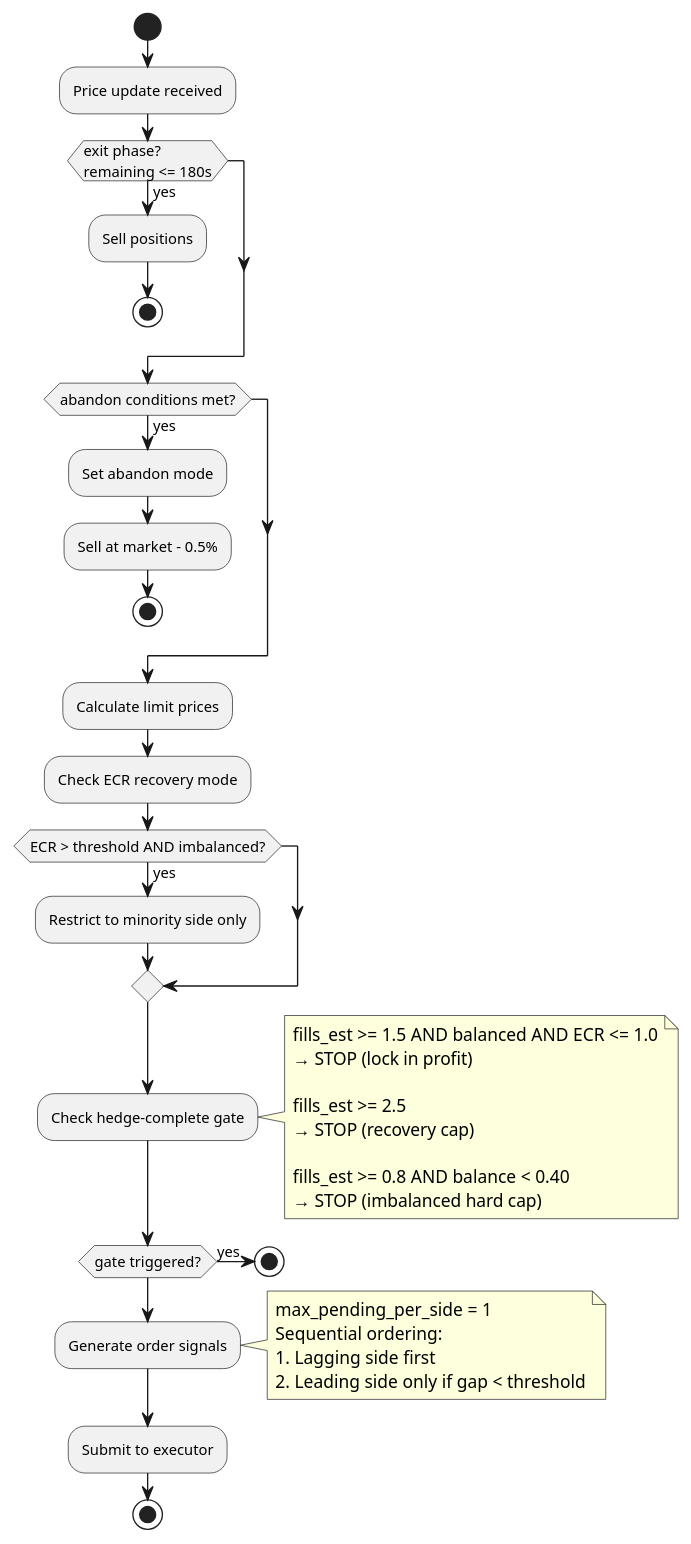
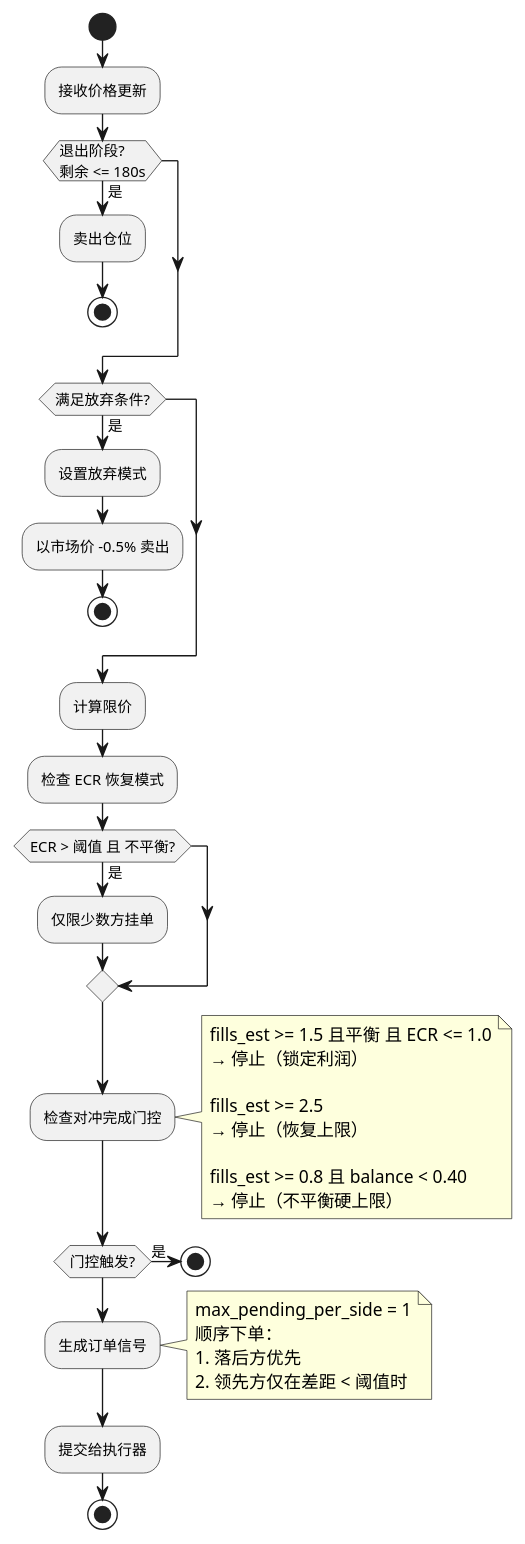
The fourth of 10 diagrams in docs/strategy-first-principles.md (jsyqrt/polymoney), drawn with PlantUML before and after one commit. The commit also changed other lines of this file, not shown here.

````diff
--- a/docs/strategy-first-principles.md
+++ b/docs/strategy-first-principles.md
@@ -319,54 +319,54 @@
 ```plantuml
 @startuml position_building
 skinparam activityFontSize 11
 
 start
-:Price update received;
+:接收价格更新;
 
-if (exit phase?\nremaining <= 180s) then (yes)
-  :Sell positions;
+if (退出阶段?\n剩余 <= 180s) then (是)
+  :卖出仓位;
   stop
 endif
 
-if (abandon conditions met?) then (yes)
-  :Set abandon mode;
-  :Sell at market - 0.5%;
+if (满足放弃条件?) then (是)
+  :设置放弃模式;
+  :以市场价 -0.5% 卖出;
   stop
 endif
 
-:Calculate limit prices;
-:Check ECR recovery mode;
+:计算限价;
+:检查 ECR 恢复模式;
 
-if (ECR > threshold AND imbalanced?) then (yes)
-  :Restrict to minority side only;
+if (ECR > 阈值 且 不平衡?) then (是)
+  :仅限少数方挂单;
 endif
 
-:Check hedge-complete gate;
+:检查对冲完成门控;
 note right
-  fills_est >= 1.5 AND balanced AND ECR <= 1.0
-  → STOP (lock in profit)
+  fills_est >= 1.5 且平衡 且 ECR <= 1.0
+  → 停止（锁定利润）
   
   fills_est >= 2.5
-  → STOP (recovery cap)
+  → 停止（恢复上限）
   
-  fills_est >= 0.8 AND balance < 0.40
-  → STOP (imbalanced hard cap)
+  fills_est >= 0.8 且 balance < 0.40
+  → 停止（不平衡硬上限）
 end note
 
-if (gate triggered?) then (yes)
+if (门控触发?) then (是)
   stop
 endif
 
-:Generate order signals;
+:生成订单信号;
 note right
   max_pending_per_side = 1
-  Sequential ordering:
-  1. Lagging side first
-  2. Leading side only if gap < threshold
+  顺序下单：
+  1. 落后方优先
+  2. 领先方仅在差距 < 阈值时
 end note
 
-:Submit to executor;
+:提交给执行器;
 stop
 
 @enduml
 ```
````
